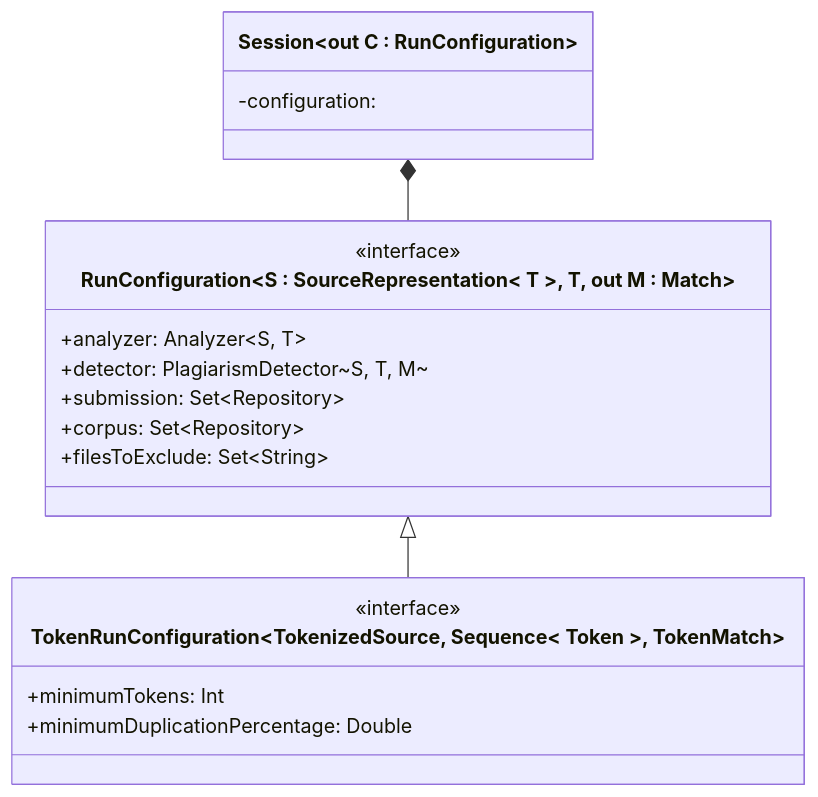
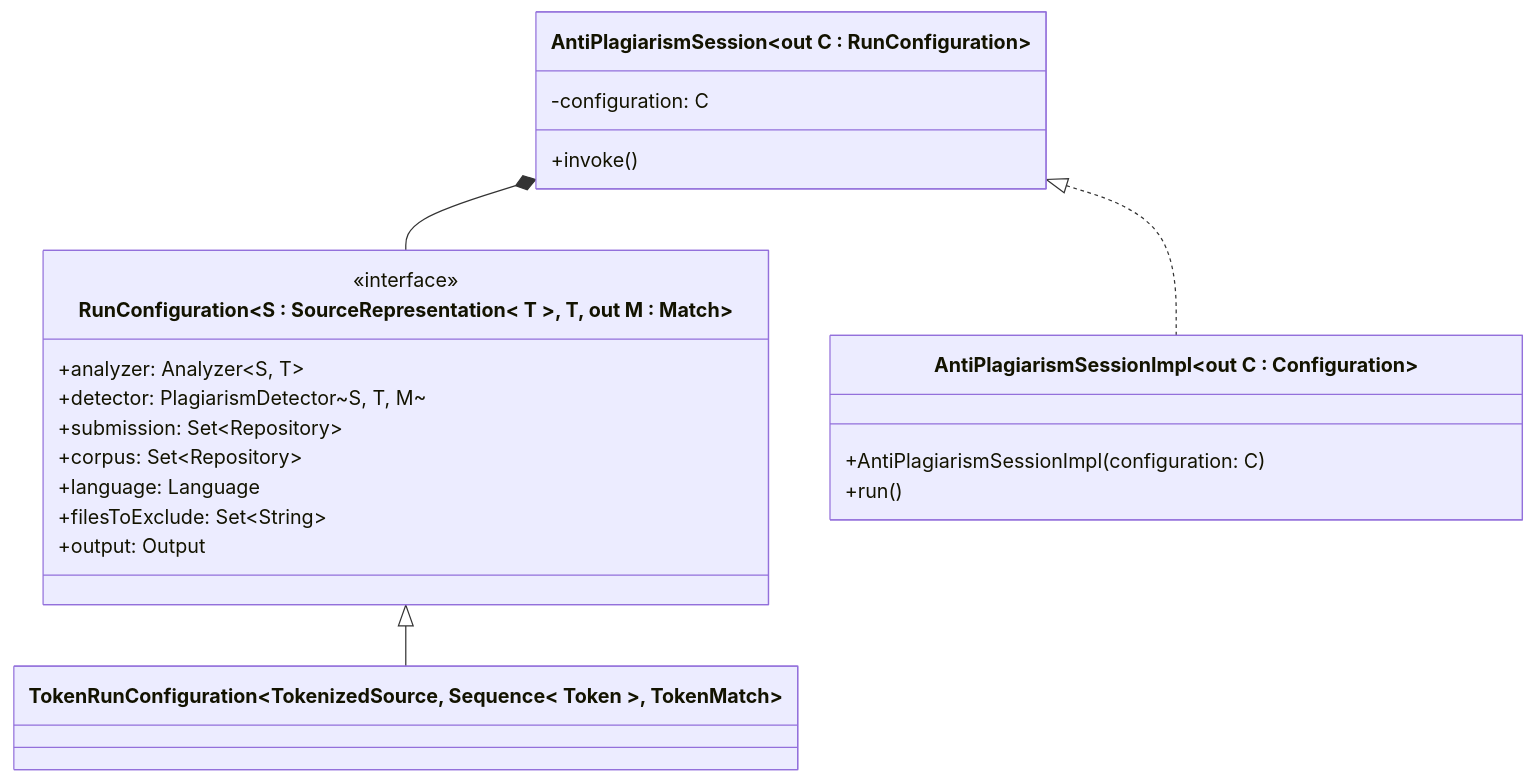
One commit to tassiLuca/code-plagiarism-detector-doc changed diagram 11 of 12 in doc.md. Above: the diagram before and after it, drawn with Mermaid. The commit also changed other lines of this file, not shown here.

````diff
--- a/doc.md
+++ b/doc.md
@@ -533,26 +485,29 @@
-```mermaid 
+```mermaid
 classDiagram
     direction BT
 
     class RunConfiguration~S : SourceRepresentation< T >, T, out M : Match~ {
         <<interface>>
         +analyzer: Analyzer~S, T~
         +detector: PlagiarismDetector~S, T, M~
         +submission: Set~Repository~
         +corpus: Set~Repository~
+        +language: Language
         +filesToExclude: Set~String~
+        +output: Output
     }
-    class TokenRunConfiguration~TokenizedSource, Sequence< Token >, TokenMatch~ {
-        <<interface>>
-        +minimumTokens: Int
-        +minimumDuplicationPercentage: Double
-    }
+    class TokenRunConfiguration~TokenizedSource, Sequence< Token >, TokenMatch~
     TokenRunConfiguration --|> RunConfiguration
 
-    class Session~out C : RunConfiguration~ {
-        -configuration: 
+    class AntiPlagiarismSession~out C : RunConfiguration~ {
+        -configuration: C
+        +invoke()
     }
-    RunConfiguration --* Session
+    RunConfiguration --* AntiPlagiarismSession
 
-
+    class AntiPlagiarismSessionImpl~out C : Configuration~ {
+        +AntiPlagiarismSessionImpl(configuration: C)
+        +run()
+    }
+    AntiPlagiarismSessionImpl ..|> AntiPlagiarismSession
 ```
````
